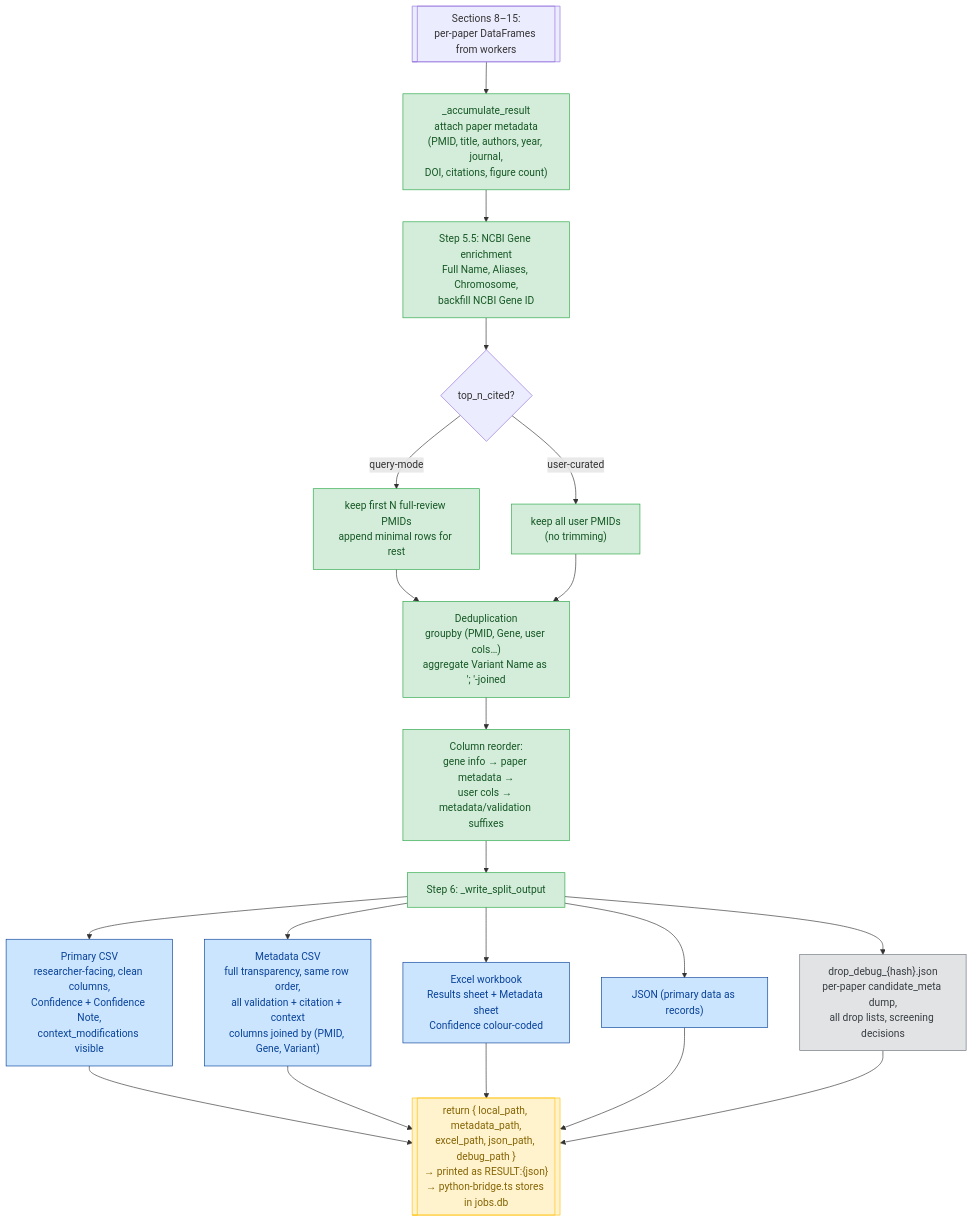
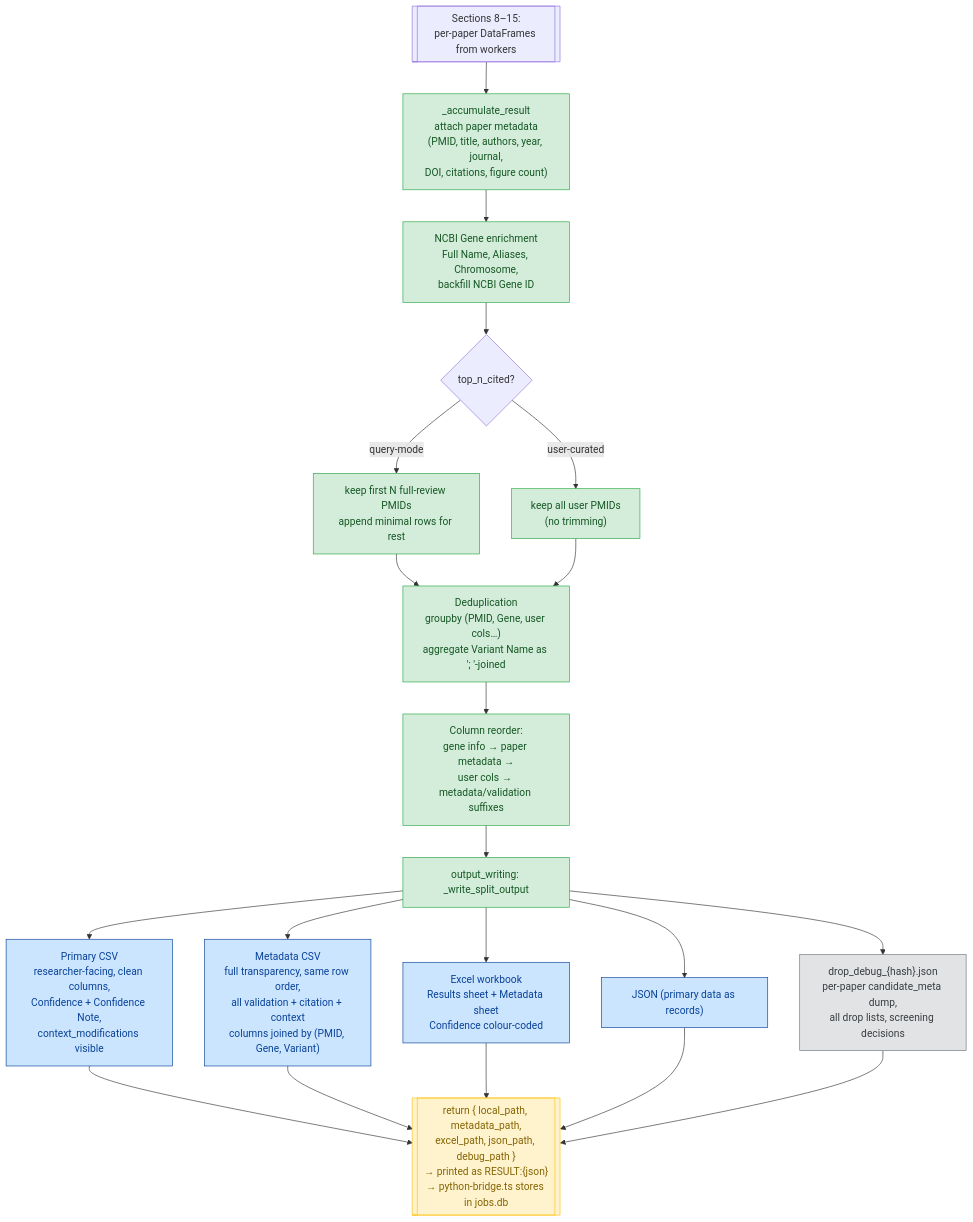
Diagram 11 of 11 in docs/pipeline/understanding.md (michaluppal/Researchshop-Disease2Gene), drawn with Mermaid before and after one commit. The commit also changed other lines of this file and 30 other files, not shown here.

````diff
--- a/docs/pipeline/understanding.md
+++ b/docs/pipeline/understanding.md
@@ -3087,42 +3087,42 @@
 ```mermaid
 flowchart TD
     Workers[["Sections 8–15:<br/>per-paper DataFrames from workers"]]
 
     Workers --> Accumulate["_accumulate_result<br/>attach paper metadata<br/>(PMID, title, authors, year, journal,<br/>DOI, citations, figure count)"]
-    Accumulate --> Enrich["Step 5.5: NCBI Gene enrichment<br/>Full Name, Aliases, Chromosome,<br/>backfill NCBI Gene ID"]
+    Accumulate --> Enrich["NCBI Gene enrichment<br/>Full Name, Aliases, Chromosome,<br/>backfill NCBI Gene ID"]
 
     Enrich --> TopN{"top_n_cited?"}
     TopN -->|query-mode| KeepN["keep first N full-review PMIDs<br/>append minimal rows for rest"]
     TopN -->|user-curated| KeepAll["keep all user PMIDs<br/>(no trimming)"]
 
     KeepN --> Dedup
     KeepAll --> Dedup
 
     Dedup["Deduplication<br/>groupby (PMID, Gene, user cols…)<br/>aggregate Variant Name as '; '-joined"]
     Dedup --> Reorder["Column reorder:<br/>gene info → paper metadata →<br/>user cols → metadata/validation suffixes"]
 
-    Reorder --> Write["Step 6: _write_split_output"]
+    Reorder --> Write["output_writing: _write_split_output"]
 
     Write --> CSV1["Primary CSV<br/>researcher-facing, clean columns,<br/>Confidence + Confidence Note,<br/>context_modifications visible"]
     Write --> CSV2["Metadata CSV<br/>full transparency, same row order,<br/>all validation + citation + context<br/>columns joined by (PMID, Gene, Variant)"]
     Write --> XLSX["Excel workbook<br/>Results sheet + Metadata sheet<br/>Confidence colour-coded"]
     Write --> JSON["JSON (primary data as records)"]
 
     Write --> Debug["drop_debug_{hash}.json<br/>per-paper candidate_meta dump,<br/>all drop lists, screening decisions"]
 
     CSV1 --> Return[["return { local_path, metadata_path,<br/>excel_path, json_path, debug_path }<br/>→ printed as RESULT:{json}<br/>→ python-bridge.ts stores in jobs.db"]]
     CSV2 --> Return
     XLSX --> Return
     JSON --> Return
     Debug --> Return
 
     classDef process fill:#d4edda,stroke:#28a745,color:#155724
     classDef output fill:#cce5ff,stroke:#084298,color:#084298
     classDef forensic fill:#e2e3e5,stroke:#6c757d,color:#383d41
     classDef handoff fill:#fff3cd,stroke:#ffc107,color:#856404
 
     class Accumulate,Enrich,KeepN,KeepAll,Dedup,Reorder,Write process
     class CSV1,CSV2,XLSX,JSON output
     class Debug forensic
     class Return handoff
 ```
````
